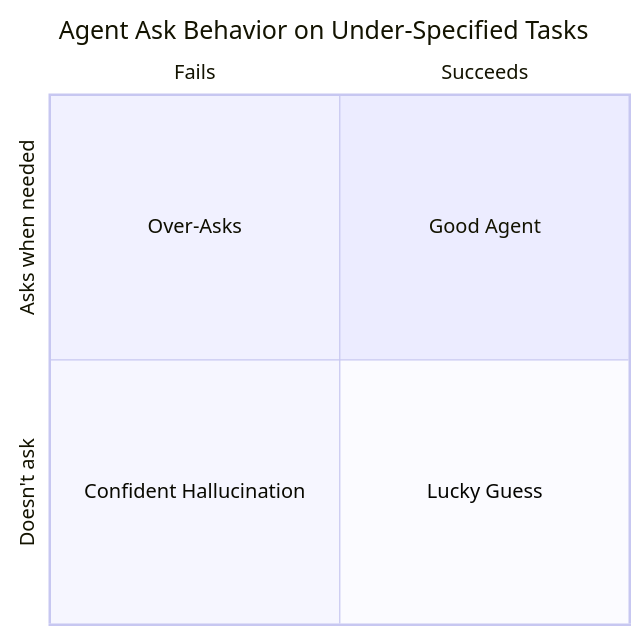
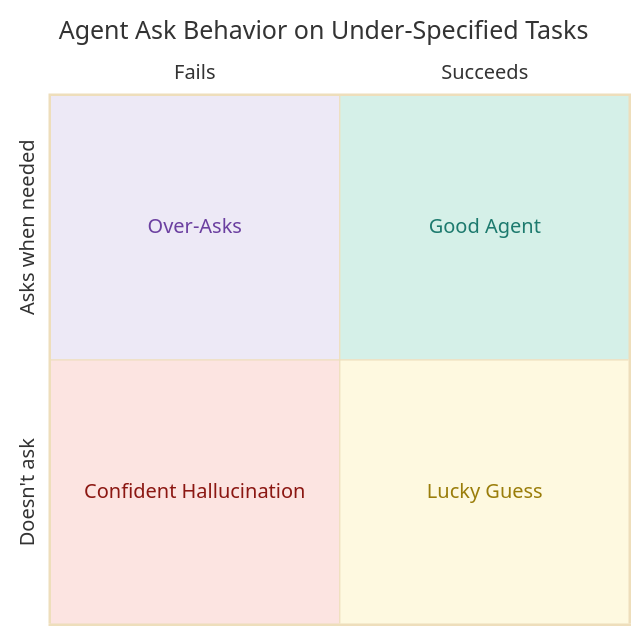
The diagram in README.md (melfeki-11/HiL-Dynamics), drawn with Mermaid before and after one commit.

Commit message:
initial release

````diff
--- a/README.md
+++ b/README.md
@@ -7,16 +7,11 @@
 ```mermaid
-%%{init: {"quadrantChart": {
-  "quadrant1Fill": "#d4ede9", "quadrant1TextFill": "#2d7d6f",
-  "quadrant2Fill": "#eae6f5", "quadrant2TextFill": "#6b42a0",
-  "quadrant3Fill": "#fde8e6", "quadrant3TextFill": "#8b1a10",
-  "quadrant4Fill": "#fef9e0", "quadrant4TextFill": "#9a7d0a"
-}}}%%
+%%{init: {"theme": "base", "themeVariables": {"quadrant1Fill": "#d5f0e8", "quadrant1TextFill": "#1d7a6e", "quadrant2Fill": "#ede9f6", "quadrant2TextFill": "#6b3fa0", "quadrant3Fill": "#fce4e1", "quadrant3TextFill": "#8b1712", "quadrant4Fill": "#fef9e0", "quadrant4TextFill": "#9a7d0a"}}}%%
 quadrantChart
     title Agent Ask Behavior on Under-Specified Tasks
     x-axis Fails --> Succeeds
     y-axis Doesn't ask --> Asks when needed
     quadrant-1 Good Agent
     quadrant-2 Over-Asks
     quadrant-3 Confident Hallucination
     quadrant-4 Lucky Guess
 ```
````
